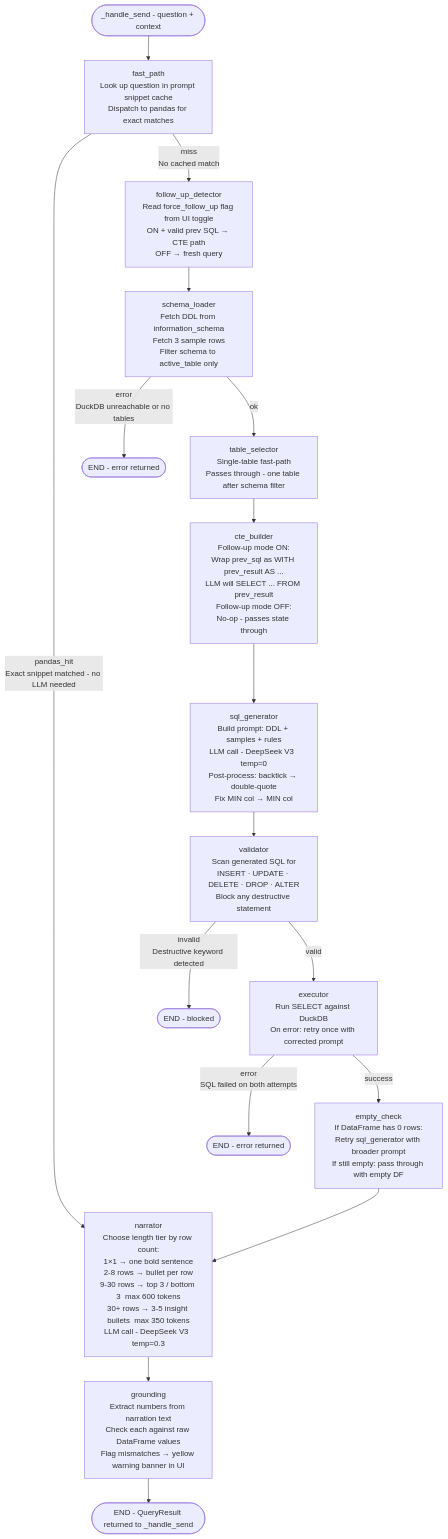
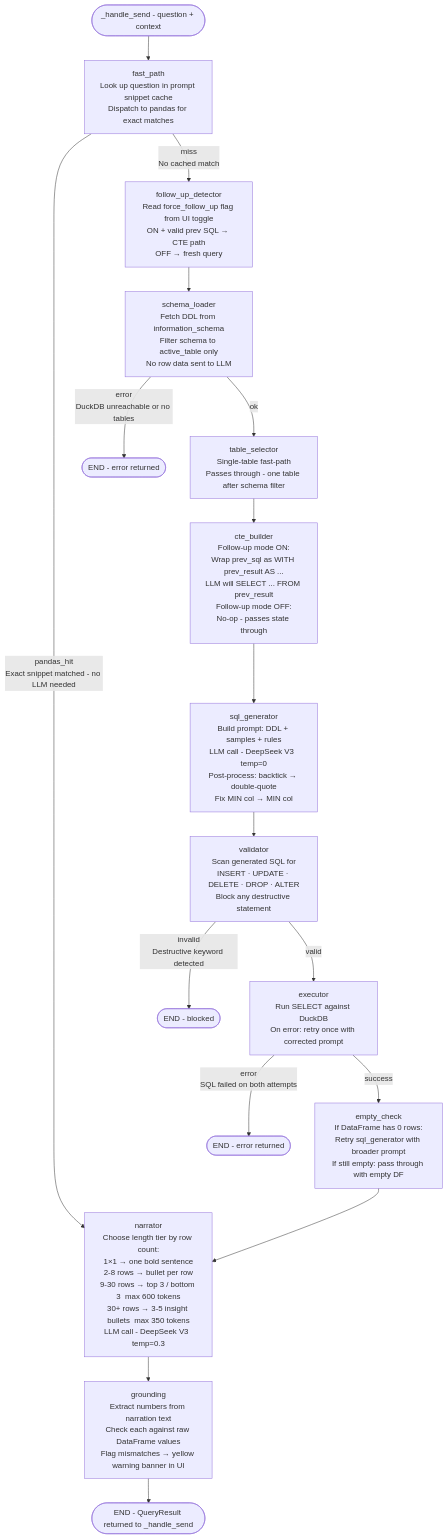
Before and after one commit to wsnh2022/DataVault-AI: the third of 7 diagrams in docs/architecture.md, drawn with Mermaid. The commit also changed 2 other files, not shown here.

Commit message:
Fix docs: correct schema_loader description, remove Faker references, fix bat filename

````diff
--- a/docs/architecture.md
+++ b/docs/architecture.md
@@ -150,56 +150,56 @@
 ```mermaid
 flowchart TD
     START(["_handle_send - question + context"]) --> FP
 
     FP["fast_path\nLook up question in prompt snippet cache\nDispatch to pandas for exact matches"]
 
     FP -->|"pandas_hit\nExact snippet matched - no LLM needed"| NAR
 
     FP -->|"miss\nNo cached match"| FUD
 
     FUD["follow_up_detector\nRead force_follow_up flag from UI toggle\nON + valid prev SQL → CTE path\nOFF → fresh query"]
 
     FUD --> SL
 
-    SL["schema_loader\nFetch DDL from information_schema\nFetch 3 sample rows\nFilter schema to active_table only"]
+    SL["schema_loader\nFetch DDL from information_schema\nFilter schema to active_table only\nNo row data sent to LLM"]
 
     SL -->|"error\nDuckDB unreachable or no tables"| DEAD1(["END - error returned"])
 
     SL -->|ok| TS
 
     TS["table_selector\nSingle-table fast-path\nPasses through - one table after schema filter"]
 
     TS --> CB
 
     CB["cte_builder\nFollow-up mode ON:\nWrap prev_sql as WITH prev_result AS ...\nLLM will SELECT ... FROM prev_result\nFollow-up mode OFF:\nNo-op - passes state through"]
 
     CB --> SG
 
     SG["sql_generator\nBuild prompt: DDL + samples + rules\nLLM call - DeepSeek V3  temp=0\nPost-process: backtick → double-quote\nFix MIN col → MIN col"]
 
     SG --> VAL
 
     VAL["validator\nScan generated SQL for\nINSERT · UPDATE · DELETE · DROP · ALTER\nBlock any destructive statement"]
 
     VAL -->|"invalid\nDestructive keyword detected"| DEAD2(["END - blocked"])
 
     VAL -->|valid| EX
 
     EX["executor\nRun SELECT against DuckDB\nOn error: retry once with corrected prompt"]
 
     EX -->|"error\nSQL failed on both attempts"| DEAD3(["END - error returned"])
 
     EX -->|success| EC
 
     EC["empty_check\nIf DataFrame has 0 rows:\nRetry sql_generator with broader prompt\nIf still empty: pass through with empty DF"]
 
     EC --> NAR
 
     NAR["narrator\nChoose length tier by row count:\n1×1 → one bold sentence\n2-8 rows → bullet per row\n9-30 rows → top 3 / bottom 3  max 600 tokens\n30+ rows → 3-5 insight bullets  max 350 tokens\nLLM call - DeepSeek V3  temp=0.3"]
 
     NAR --> GR
 
     GR["grounding\nExtract numbers from narration text\nCheck each against raw DataFrame values\nFlag mismatches → yellow warning banner in UI"]
 
     GR --> OK(["END - QueryResult returned to _handle_send"])
 ```
````
